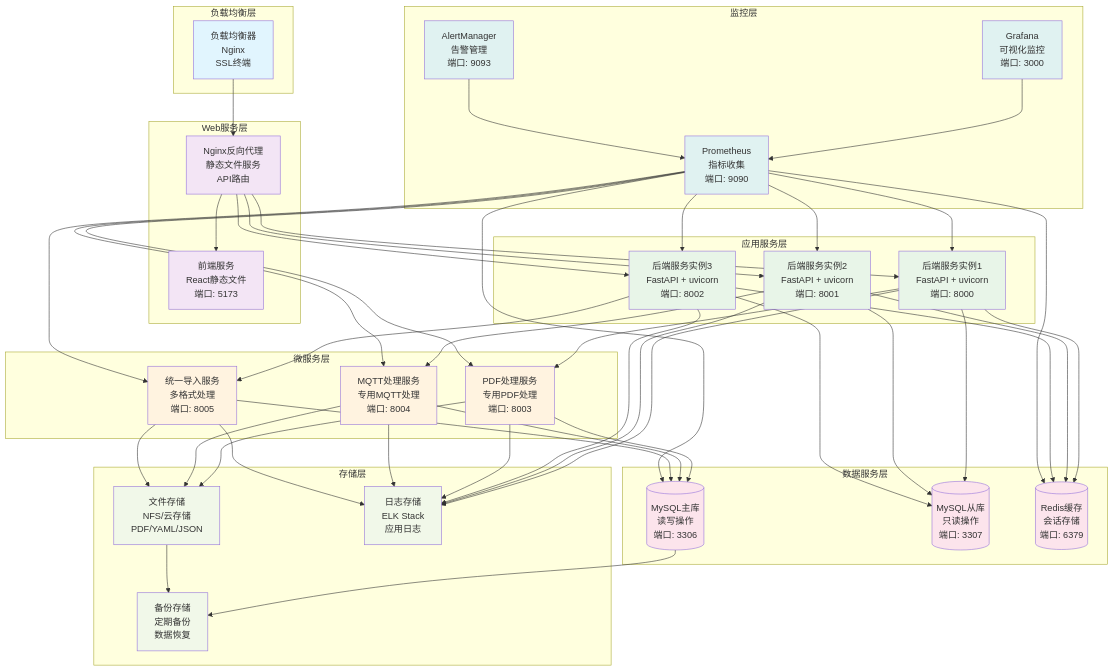
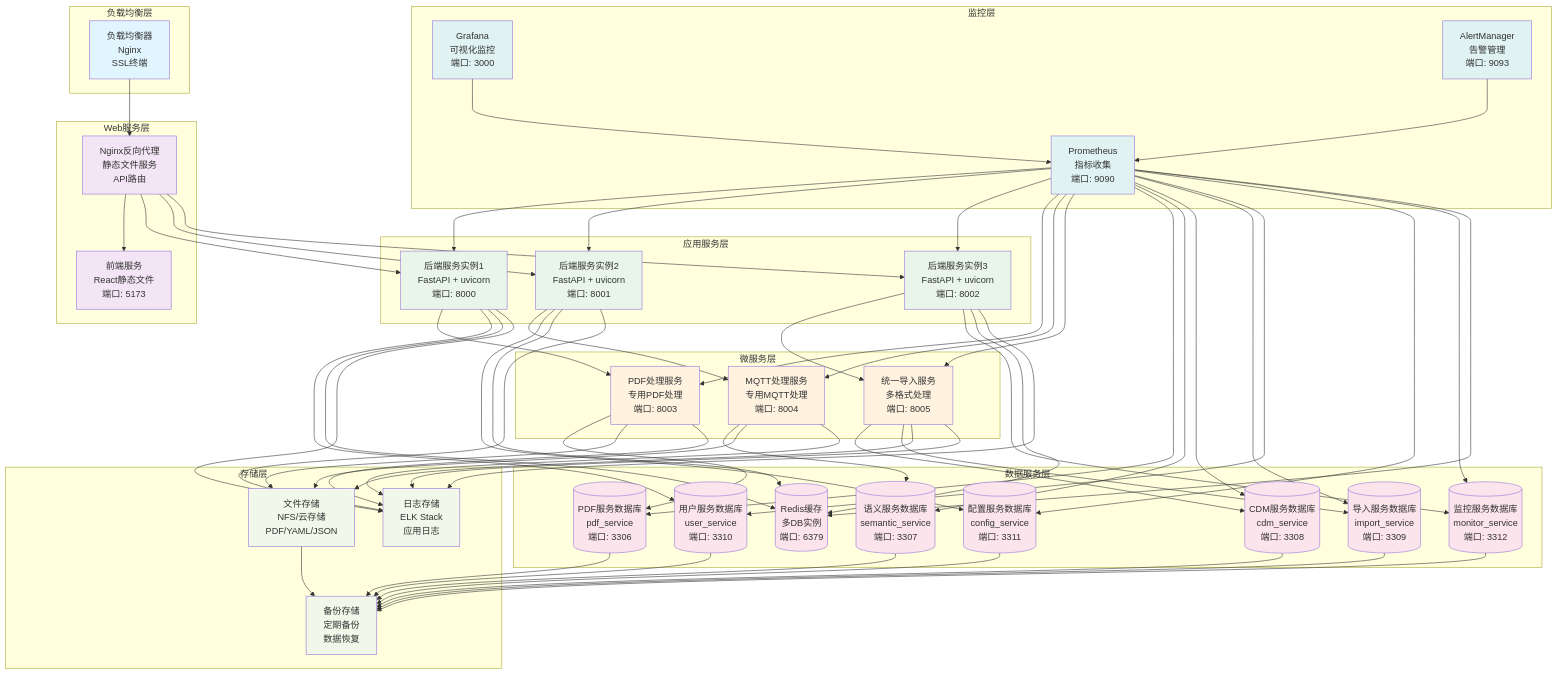
The diagram in mmd/deployment_architecture.mmd (mistvapour/6016b), drawn with Mermaid before and after one commit. The commit also changed 14 other files, not shown here.

```diff
--- a/mmd/deployment_architecture.mmd
+++ b/mmd/deployment_architecture.mmd
@@ -1,107 +1,125 @@
 graph TB
     %% 部署架构图
     
     subgraph "负载均衡层"
         LB[负载均衡器<br/>Nginx<br/>SSL终端]
     end
     
     subgraph "Web服务层"
         NGINX[Nginx反向代理<br/>静态文件服务<br/>API路由]
         FRONTEND[前端服务<br/>React静态文件<br/>端口: 5173]
     end
     
     subgraph "应用服务层"
         BACKEND1[后端服务实例1<br/>FastAPI + uvicorn<br/>端口: 8000]
         BACKEND2[后端服务实例2<br/>FastAPI + uvicorn<br/>端口: 8001]
         BACKEND3[后端服务实例3<br/>FastAPI + uvicorn<br/>端口: 8002]
     end
     
     subgraph "微服务层"
         PDF_SERVICE[PDF处理服务<br/>专用PDF处理<br/>端口: 8003]
         MQTT_SERVICE[MQTT处理服务<br/>专用MQTT处理<br/>端口: 8004]
         UNIVERSAL_SERVICE[统一导入服务<br/>多格式处理<br/>端口: 8005]
     end
     
     subgraph "数据服务层"
-        MYSQL_PRIMARY[(MySQL主库<br/>读写操作<br/>端口: 3306)]
-        MYSQL_REPLICA[(MySQL从库<br/>只读操作<br/>端口: 3307)]
-        REDIS[(Redis缓存<br/>会话存储<br/>端口: 6379)]
+        PDF_DB[(PDF服务数据库<br/>pdf_service<br/>端口: 3306)]
+        SEMANTIC_DB[(语义服务数据库<br/>semantic_service<br/>端口: 3307)]
+        CDM_DB[(CDM服务数据库<br/>cdm_service<br/>端口: 3308)]
+        IMPORT_DB[(导入服务数据库<br/>import_service<br/>端口: 3309)]
+        USER_DB[(用户服务数据库<br/>user_service<br/>端口: 3310)]
+        CONFIG_DB[(配置服务数据库<br/>config_service<br/>端口: 3311)]
+        MONITOR_DB[(监控服务数据库<br/>monitor_service<br/>端口: 3312)]
+        REDIS[(Redis缓存<br/>多DB实例<br/>端口: 6379)]
     end
     
     subgraph "存储层"
         FILE_STORAGE[文件存储<br/>NFS/云存储<br/>PDF/YAML/JSON]
         LOG_STORAGE[日志存储<br/>ELK Stack<br/>应用日志]
         BACKUP_STORAGE[备份存储<br/>定期备份<br/>数据恢复]
     end
     
     subgraph "监控层"
         PROMETHEUS[Prometheus<br/>指标收集<br/>端口: 9090]
         GRAFANA[Grafana<br/>可视化监控<br/>端口: 3000]
         ALERTMANAGER[AlertManager<br/>告警管理<br/>端口: 9093]
     end
     
     %% 连接关系
     LB --> NGINX
     NGINX --> FRONTEND
     NGINX --> BACKEND1
     NGINX --> BACKEND2
     NGINX --> BACKEND3
     
     BACKEND1 --> PDF_SERVICE
     BACKEND2 --> MQTT_SERVICE
     BACKEND3 --> UNIVERSAL_SERVICE
     
-    PDF_SERVICE --> MYSQL_PRIMARY
-    MQTT_SERVICE --> MYSQL_PRIMARY
-    UNIVERSAL_SERVICE --> MYSQL_PRIMARY
+    PDF_SERVICE --> PDF_DB
+    MQTT_SERVICE --> SEMANTIC_DB
+    UNIVERSAL_SERVICE --> CDM_DB
+    UNIVERSAL_SERVICE --> IMPORT_DB
     
-    BACKEND1 --> MYSQL_REPLICA
-    BACKEND2 --> MYSQL_REPLICA
-    BACKEND3 --> MYSQL_REPLICA
+    BACKEND1 --> USER_DB
+    BACKEND2 --> CONFIG_DB
+    BACKEND3 --> MONITOR_DB
     
     BACKEND1 --> REDIS
     BACKEND2 --> REDIS
     BACKEND3 --> REDIS
     
     PDF_SERVICE --> FILE_STORAGE
     MQTT_SERVICE --> FILE_STORAGE
     UNIVERSAL_SERVICE --> FILE_STORAGE
     
     BACKEND1 --> LOG_STORAGE
     BACKEND2 --> LOG_STORAGE
     BACKEND3 --> LOG_STORAGE
     PDF_SERVICE --> LOG_STORAGE
     MQTT_SERVICE --> LOG_STORAGE
     UNIVERSAL_SERVICE --> LOG_STORAGE
     
-    MYSQL_PRIMARY --> BACKUP_STORAGE
+    PDF_DB --> BACKUP_STORAGE
+    SEMANTIC_DB --> BACKUP_STORAGE
+    CDM_DB --> BACKUP_STORAGE
+    IMPORT_DB --> BACKUP_STORAGE
+    USER_DB --> BACKUP_STORAGE
+    CONFIG_DB --> BACKUP_STORAGE
+    MONITOR_DB --> BACKUP_STORAGE
     FILE_STORAGE --> BACKUP_STORAGE
     
     PROMETHEUS --> BACKEND1
     PROMETHEUS --> BACKEND2
     PROMETHEUS --> BACKEND3
     PROMETHEUS --> PDF_SERVICE
     PROMETHEUS --> MQTT_SERVICE
     PROMETHEUS --> UNIVERSAL_SERVICE
-    PROMETHEUS --> MYSQL_PRIMARY
+    PROMETHEUS --> PDF_DB
+    PROMETHEUS --> SEMANTIC_DB
+    PROMETHEUS --> CDM_DB
+    PROMETHEUS --> IMPORT_DB
+    PROMETHEUS --> USER_DB
+    PROMETHEUS --> CONFIG_DB
+    PROMETHEUS --> MONITOR_DB
     PROMETHEUS --> REDIS
     
     GRAFANA --> PROMETHEUS
     ALERTMANAGER --> PROMETHEUS
     
     %% 样式
     classDef lb fill:#e1f5fe
     classDef web fill:#f3e5f5
     classDef app fill:#e8f5e8
     classDef micro fill:#fff3e0
     classDef data fill:#fce4ec
     classDef storage fill:#f1f8e9
     classDef monitor fill:#e0f2f1
     
     class LB lb
     class NGINX,FRONTEND web
     class BACKEND1,BACKEND2,BACKEND3 app
     class PDF_SERVICE,MQTT_SERVICE,UNIVERSAL_SERVICE micro
-    class MYSQL_PRIMARY,MYSQL_REPLICA,REDIS data
+    class PDF_DB,SEMANTIC_DB,CDM_DB,IMPORT_DB,USER_DB,CONFIG_DB,MONITOR_DB,REDIS data
     class FILE_STORAGE,LOG_STORAGE,BACKUP_STORAGE storage
     class PROMETHEUS,GRAFANA,ALERTMANAGER monitor
```
